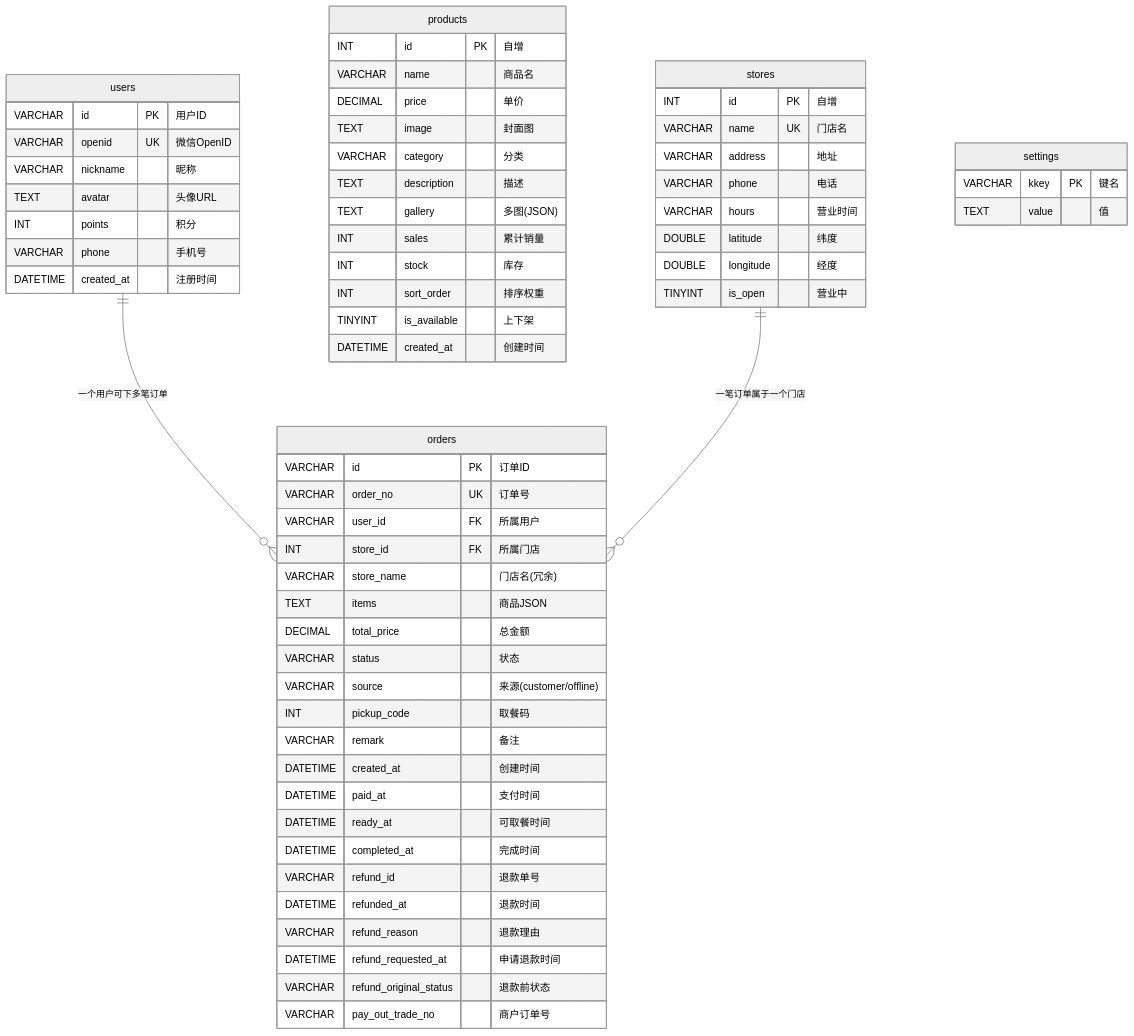
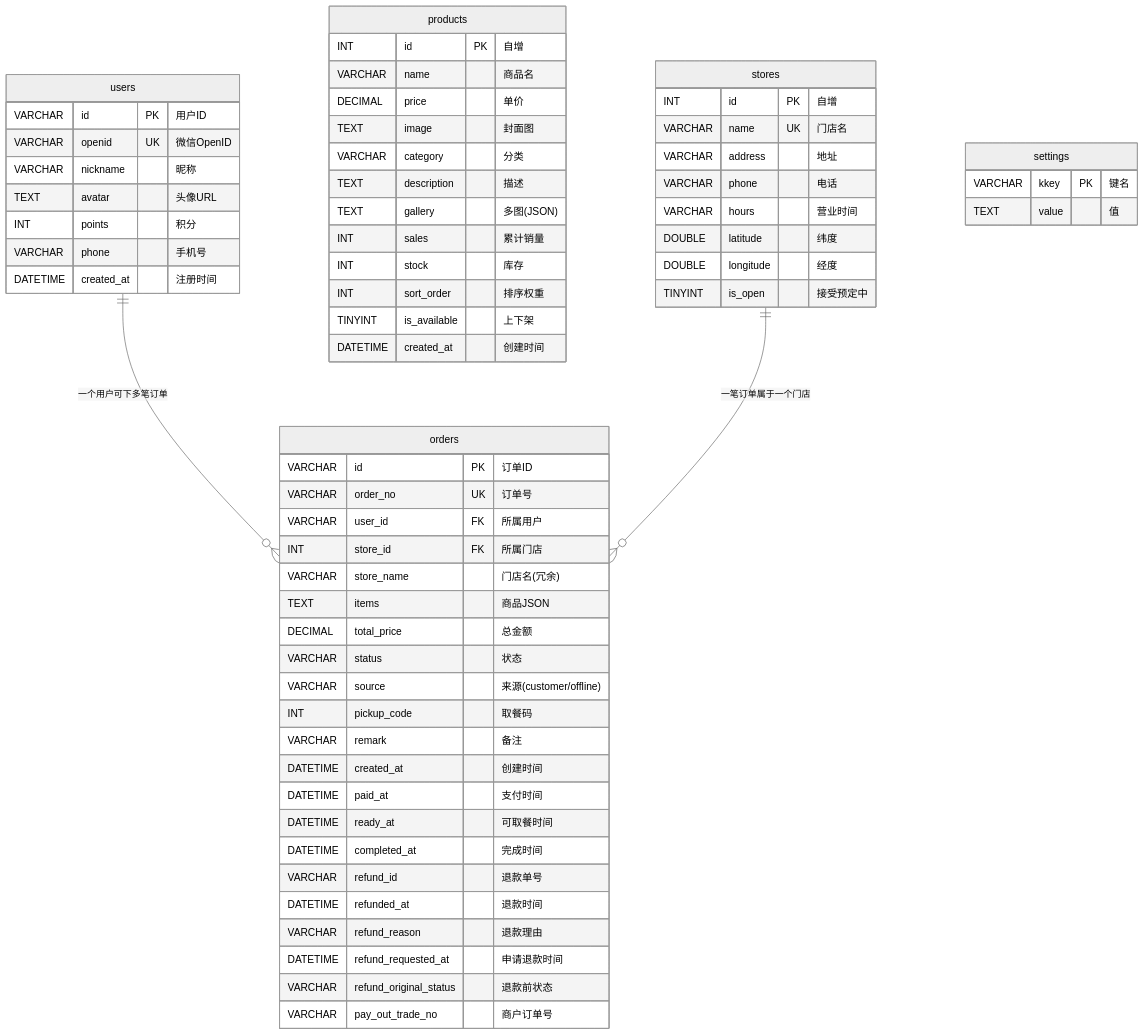
Before and after one commit to zip-Wu/tasty_bakery: the third of 3 diagrams in README.md, drawn with Mermaid (neutral theme). The commit also changed other lines of this file, not shown here.

Commit message:
docs: README 同步预定制口径，改接单开关与字段注释

````diff
--- a/README.md
+++ b/README.md
@@ -192,70 +192,70 @@
 ```mermaid
 erDiagram
     users {
         VARCHAR id PK "用户ID"
         VARCHAR openid UK "微信OpenID"
         VARCHAR nickname "昵称"
         TEXT avatar "头像URL"
         INT points "积分"
         VARCHAR phone "手机号"
         DATETIME created_at "注册时间"
     }
 
     products {
         INT id PK "自增"
         VARCHAR name "商品名"
         DECIMAL price "单价"
         TEXT image "封面图"
         VARCHAR category "分类"
         TEXT description "描述"
         TEXT gallery "多图(JSON)"
         INT sales "累计销量"
         INT stock "库存"
         INT sort_order "排序权重"
         TINYINT is_available "上下架"
         DATETIME created_at "创建时间"
     }
 
     stores {
         INT id PK "自增"
         VARCHAR name UK "门店名"
         VARCHAR address "地址"
         VARCHAR phone "电话"
         VARCHAR hours "营业时间"
         DOUBLE latitude "纬度"
         DOUBLE longitude "经度"
-        TINYINT is_open "营业中"
+        TINYINT is_open "接受预定中"
     }
 
     orders {
         VARCHAR id PK "订单ID"
         VARCHAR order_no UK "订单号"
         VARCHAR user_id FK "所属用户"
         INT store_id FK "所属门店"
         VARCHAR store_name "门店名(冗余)"
         TEXT items "商品JSON"
         DECIMAL total_price "总金额"
         VARCHAR status "状态"
         VARCHAR source "来源(customer/offline)"
         INT pickup_code "取餐码"
         VARCHAR remark "备注"
         DATETIME created_at "创建时间"
         DATETIME paid_at "支付时间"
         DATETIME ready_at "可取餐时间"
         DATETIME completed_at "完成时间"
         VARCHAR refund_id "退款单号"
         DATETIME refunded_at "退款时间"
         VARCHAR refund_reason "退款理由"
         DATETIME refund_requested_at "申请退款时间"
         VARCHAR refund_original_status "退款前状态"
         VARCHAR pay_out_trade_no "商户订单号"
     }
 
     users ||--o{ orders : "一个用户可下多笔订单"
     stores ||--o{ orders : "一笔订单属于一个门店"
 
     settings {
         VARCHAR kkey PK "键名"
         TEXT value "值"
     }
 ```
````
